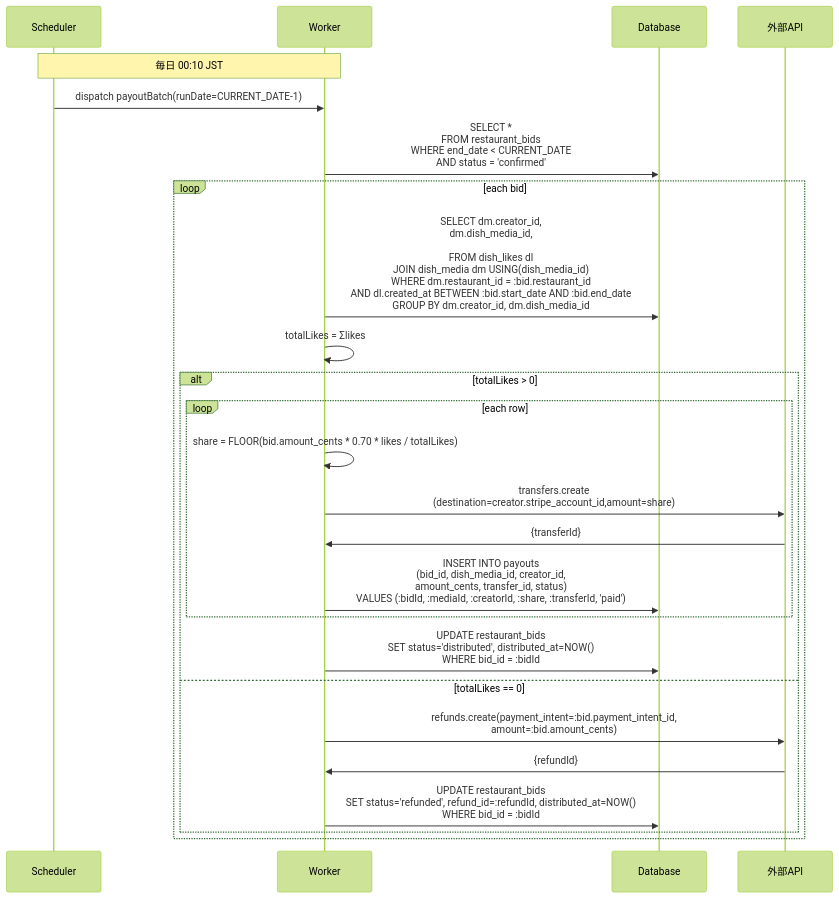
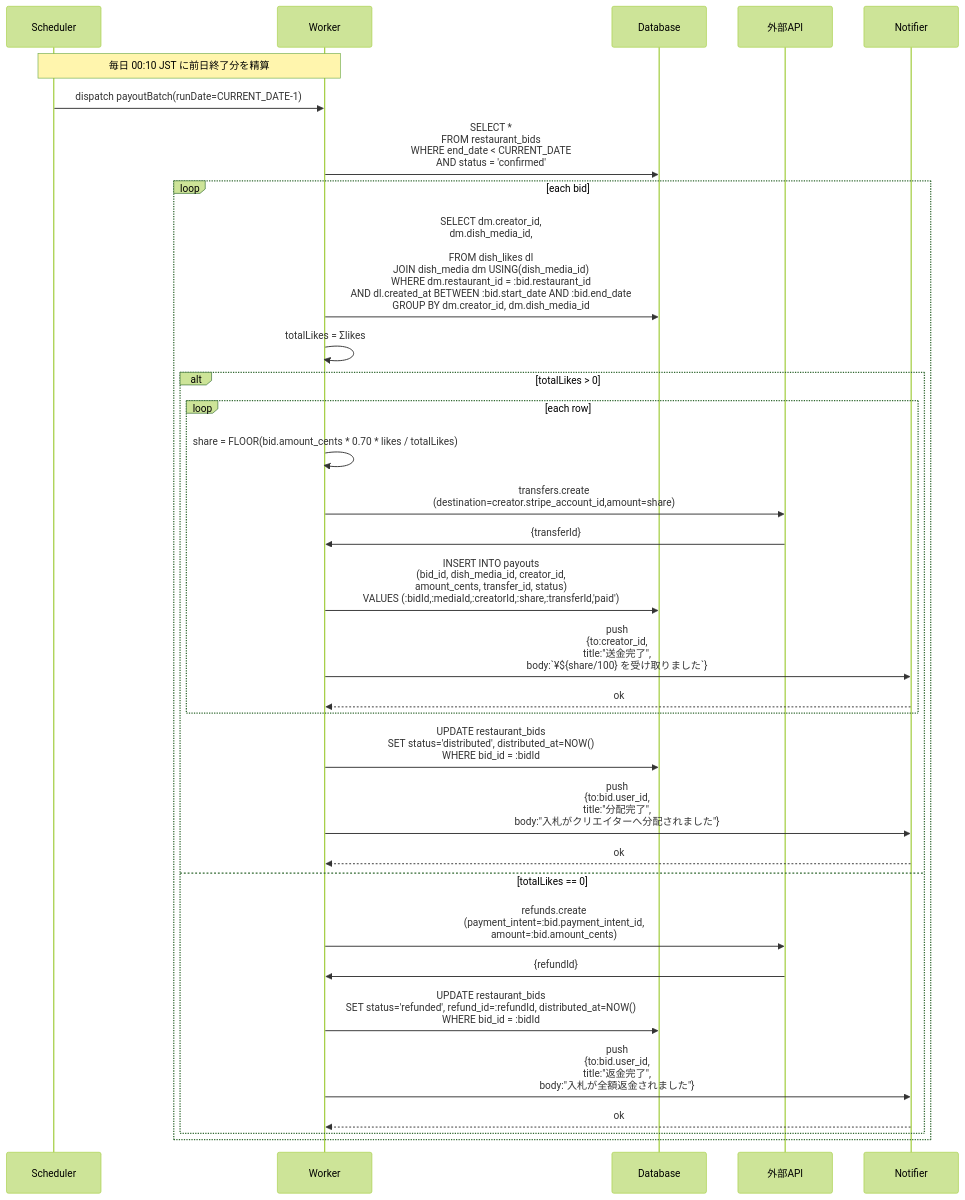
The diagram in docs/sequence/ads_payout_batch.mmd (Ayato-kosaka/nanitabeyo), drawn with Mermaid (forest theme) before and after one commit.

Commit message:
refactor: enhance sequence diagram for payout processing and notifications

```diff
--- a/docs/sequence/ads_payout_batch.mmd
+++ b/docs/sequence/ads_payout_batch.mmd
@@ -1,34 +1,45 @@
 sequenceDiagram
     %% cron → NestJS queue consumer
     participant Scheduler
     participant Worker
     participant Database
     %% Stripe
     participant ExternalAPI as 外部API
+    %% Push／メール通知サービス
+    participant Notifier
 %% ─────────────────────────────────────────────────────────────
-    Note over Scheduler,Worker: 毎日 00:10 JST
-    Scheduler ->> Worker: dispatch payoutBatch(runDate=CURRENT_DATE-1)
+    Note over Scheduler,Worker: 毎日 00:10 JST に前日終了分を精算
+    Scheduler ->> Worker: dispatch payoutBatch(runDate=CURRENT_DATE‑1)
 
     %% 昨日で終了した Bid を取得
     Worker ->> Database: SELECT *<br>FROM restaurant_bids<br>WHERE end_date  < CURRENT_DATE<br>AND status    = 'confirmed';
 
     loop each bid
         %% 成績集計（Bid の 30日窓）
         Worker ->> Database: SELECT dm.creator_id,<br>dm.dish_media_id,<br><br>FROM dish_likes  dl<br>JOIN dish_media  dm USING(dish_media_id)<br>WHERE dm.restaurant_id = :bid.restaurant_id<br>AND dl.created_at BETWEEN :bid.start_date AND :bid.end_date<br>GROUP BY dm.creator_id, dm.dish_media_id;
 
         Worker ->> Worker: totalLikes = Σlikes
         alt totalLikes > 0
             loop each row
                 Worker ->> Worker: share = FLOOR(bid.amount_cents * 0.70 * likes / totalLikes)
                 Worker ->> ExternalAPI: transfers.create<br>(destination=creator.stripe_account_id,amount=share)
                     ExternalAPI ->> Worker: {transferId}
-                Worker ->> Database: INSERT INTO payouts<br>(bid_id, dish_media_id, creator_id,<br>amount_cents, transfer_id, status)<br>VALUES (:bidId, :mediaId, :creatorId, :share, :transferId, 'paid');
+                Worker ->> Database: INSERT INTO payouts<br>(bid_id, dish_media_id, creator_id,<br>amount_cents, transfer_id, status)<br>VALUES (:bidId,:mediaId,:creatorId,:share,:transferId,'paid');
+                %% クリエイターへ送金通知
+                Worker ->> Notifier: push<br>{to:creator_id,<br>title:"送金完了",<br>body:`¥${share/100} を受け取りました`}
+                    Notifier -->> Worker: ok
             end
-            Worker ->> Database: UPDATE restaurant_bids<br>SET status='distributed', distributed_at=NOW()<br>WHERE bid_id = :bidId;
-        else totalLikes == 0
+            Worker ->> Database: UPDATE restaurant_bids<br>SET status='distributed', distributed_at=NOW()<br>WHERE bid_id = :bidId;
+            %% オーナー(入札者)へ分配完了通知
+            Worker ->> Notifier: push<br>{to:bid.user_id,<br>title:"分配完了",<br>body:"入札がクリエイターへ分配されました"}
+                Notifier -->> Worker: ok
+        else totalLikes == 0
             %% 全額返金
-            Worker ->> ExternalAPI: refunds.create(payment_intent=:bid.payment_intent_id,<br>amount=:bid.amount_cents)
+            Worker ->> ExternalAPI: refunds.create<br>(payment_intent=:bid.payment_intent_id,<br>amount=:bid.amount_cents)
                 ExternalAPI ->> Worker: {refundId}
-            Worker ->> Database: UPDATE restaurant_bids<br>SET status='refunded', refund_id=:refundId, distributed_at=NOW()<br>WHERE bid_id = :bidId;
+            Worker ->> Database: UPDATE restaurant_bids<br>SET status='refunded', refund_id=:refundId, distributed_at=NOW()<br>WHERE bid_id = :bidId;
+            %% 入札者へ返金通知
+            Worker ->> Notifier: push<br>{to:bid.user_id,<br>title:"返金完了",<br>body:"入札が全額返金されました"}
+                Notifier -->> Worker: ok
         end
     end
```
